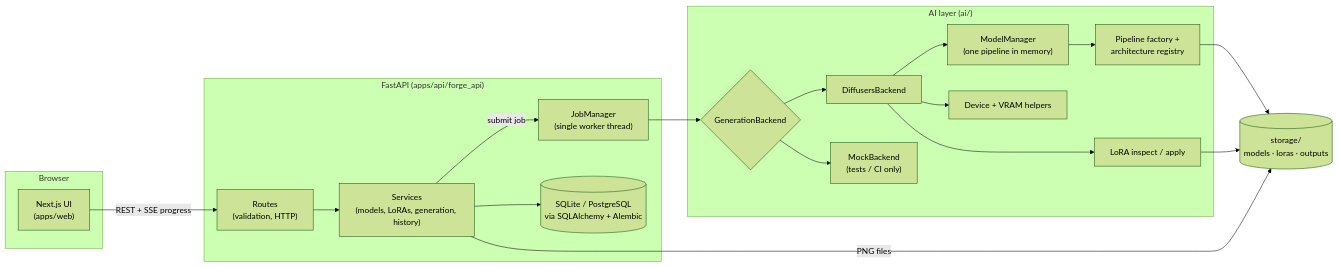
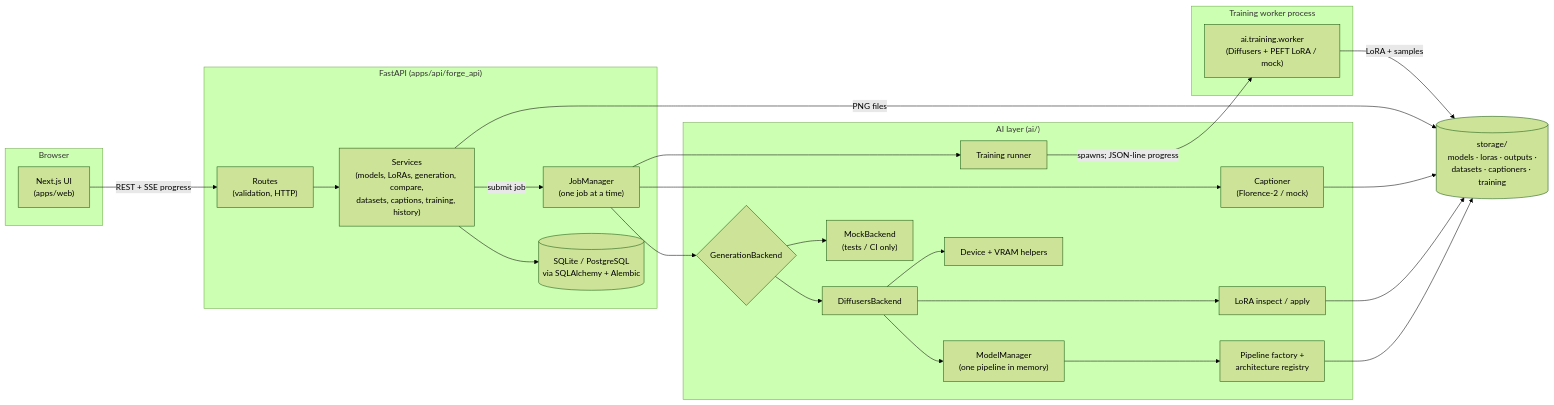
One commit to Abdullah4589/ForgeAI-Studio changed the diagram in README.md. Above: the diagram before and after it, drawn with Mermaid (forest theme). The commit also changed other lines of this file and 6 other files, not shown here.

````diff
--- a/README.md
+++ b/README.md
@@ -113,39 +127,49 @@
 ```mermaid
 flowchart LR
     subgraph Browser
         UI["Next.js UI<br/>(apps/web)"]
     end
 
     subgraph API["FastAPI (apps/api/forge_api)"]
         R["Routes<br/>(validation, HTTP)"]
-        S["Services<br/>(models, LoRAs, generation, history)"]
-        J["JobManager<br/>(single worker thread)"]
+        S["Services<br/>(models, LoRAs, generation, compare,<br/>datasets, captions, training, history)"]
+        J["JobManager<br/>(one job at a time)"]
         DB[("SQLite / PostgreSQL<br/>via SQLAlchemy + Alembic")]
     end
 
     subgraph AI["AI layer (ai/)"]
         B{"GenerationBackend"}
         D["DiffusersBackend"]
         M["MockBackend<br/>(tests / CI only)"]
         MM["ModelManager<br/>(one pipeline in memory)"]
         P["Pipeline factory +<br/>architecture registry"]
         L["LoRA inspect / apply"]
         DEV["Device + VRAM helpers"]
+        C["Captioner<br/>(Florence-2 / mock)"]
+        TR["Training runner"]
     end
 
-    FS[("storage/<br/>models · loras · outputs")]
+    subgraph Worker["Training worker process"]
+        TW["ai.training.worker<br/>(Diffusers + PEFT LoRA / mock)"]
+    end
+
+    FS[("storage/<br/>models · loras · outputs ·<br/>datasets · captioners · training")]
 
     UI -- "REST + SSE progress" --> R
     R --> S
     S --> DB
     S -- "submit job" --> J
     J --> B
     B --> D
     B --> M
     D --> MM --> P
     D --> L
     D --> DEV
     P --> FS
     L --> FS
     S -- "PNG files" --> FS
+    J --> C --> FS
+    J --> TR
+    TR -- "spawns; JSON-line progress" --> TW
+    TW -- "LoRA + samples" --> FS
 ```
````
